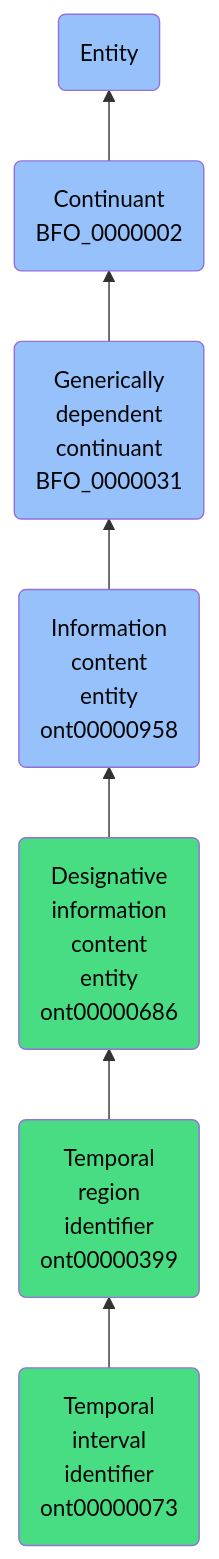
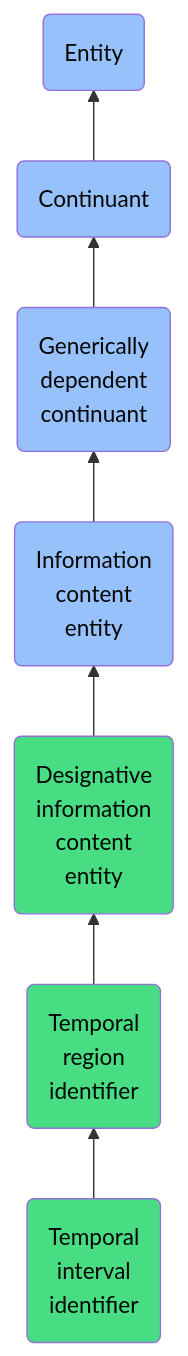
Before and after one commit to jupyter-naas/abi: the diagram in docs/ontology/reference/model/Entity/Continuant/Generically dependent continuant/Information content entity/Designative information content entity/Temporal region identifier/Temporal interval identifier/Temporal interval identifier.md, drawn with Mermaid. The commit also changed other lines of this file and 1430 other files, not shown here.

````diff
--- a/docs/ontology/reference/model/Entity/Continuant/Generically dependent continuant/Information content entity/Designative information content entity/Temporal region identifier/Temporal interval identifier/Temporal interval identifier.md
+++ b/docs/ontology/reference/model/Entity/Continuant/Generically dependent continuant/Information content entity/Designative information content entity/Temporal region identifier/Temporal interval identifier/Temporal interval identifier.md
@@ -24,14 +24,14 @@
 ```mermaid
 graph BT
-    ont00000073(Temporal<br>interval<br>identifier<br>ont00000073):::ABI-->ont00000399
-    ont00000399(Temporal<br>region<br>identifier<br>ont00000399):::ABI-->ont00000686
-    ont00000686(Designative<br>information<br>content<br>entity<br>ont00000686):::ABI-->ont00000958
-    ont00000958(Information<br>content<br>entity<br>ont00000958):::BFO-->BFO_0000031
-    BFO_0000031(Generically<br>dependent<br>continuant<br>BFO_0000031):::BFO-->BFO_0000002
-    BFO_0000002(Continuant<br>BFO_0000002):::BFO-->BFO_0000001
+    ont00000073(Temporal<br>interval<br>identifier):::ABI-->ont00000399
+    ont00000399(Temporal<br>region<br>identifier):::ABI-->ont00000686
+    ont00000686(Designative<br>information<br>content<br>entity):::ABI-->ont00000958
+    ont00000958(Information<br>content<br>entity):::BFO-->BFO_0000031
+    BFO_0000031(Generically<br>dependent<br>continuant):::BFO-->BFO_0000002
+    BFO_0000002(Continuant):::BFO-->BFO_0000001
     BFO_0000001(Entity):::BFO
     
     classDef BFO fill:#97c1fb,color:#060606
     classDef CCO fill:#e4c51e,color:#060606
     classDef ABI fill:#48DD82,color:#060606
 ```
````
